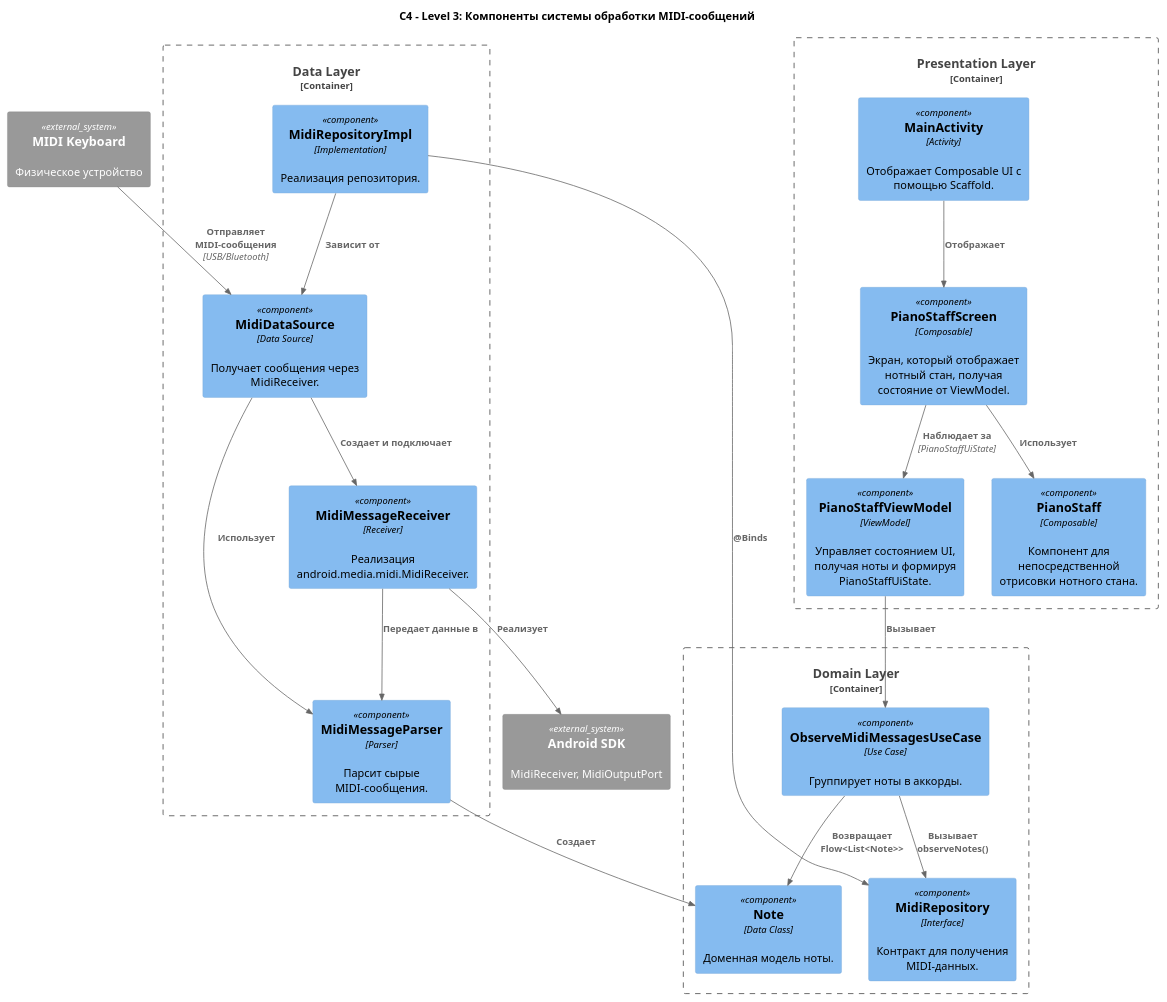
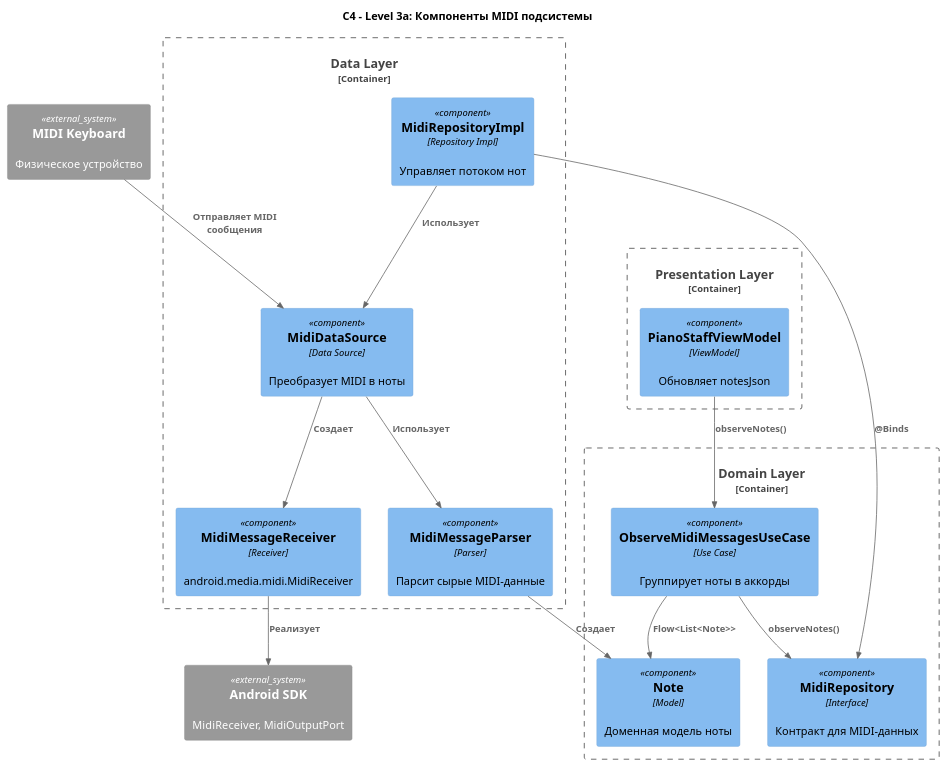
Before and after one commit to astrizhachuk/PianoFlow: the second of 9 diagrams in docs/ru/ts/MIDI_MESSAGE_PROCESSING.md, drawn with PlantUML. The commit also changed other lines of this file and 47 other files, not shown here.

````diff
--- a/docs/ru/ts/MIDI_MESSAGE_PROCESSING.md
+++ b/docs/ru/ts/MIDI_MESSAGE_PROCESSING.md
@@ -37,51 +112,48 @@
 ```plantuml
 @startuml
 !include https://raw.githubusercontent.com/plantuml-stdlib/C4-PlantUML/master/C4_Component.puml
 
-title C4 - Level 3: Компоненты системы обработки MIDI-сообщений
+title C4 - Level 3a: Компоненты MIDI подсистемы
 
 System_Ext(midi_device, "MIDI Keyboard", "Физическое устройство")
 System_Ext(android_sdk, "Android SDK", "MidiReceiver, MidiOutputPort")
 
 Container_Boundary(presentation, "Presentation Layer") {
-    Component(activity, "MainActivity", "Activity", "Отображает Composable UI с помощью Scaffold.")
-    Component(vm, "PianoStaffViewModel", "ViewModel", "Управляет состоянием UI, получая ноты и формируя PianoStaffUiState.")
-    Component(screen, "PianoStaffScreen", "Composable", "Экран, который отображает нотный стан, получая состояние от ViewModel.")
-    Component(staff, "PianoStaff", "Composable", "Компонент для непосредственной отрисовки нотного стана.")
+    Component(vm, "PianoStaffViewModel", "ViewModel", "Обновляет notesJson")
 }
 
 Container_Boundary(domain, "Domain Layer") {
-    Component(observe_uc, "ObserveMidiMessagesUseCase", "Use Case", "Группирует ноты в аккорды.")
-    Component(repo, "MidiRepository", "Interface", "Контракт для получения MIDI-данных.")
-    Component(note, "Note", "Data Class", "Доменная модель ноты.")
+    Component(observe_midi_uc, "ObserveMidiMessagesUseCase", "Use Case", "Группирует ноты в аккорды")
+    Component(midi_repo, "MidiRepository", "Interface", "Контракт для MIDI-данных")
+    Component(note, "Note", "Model", "Доменная модель ноты")
 }
 
 Container_Boundary(data, "Data Layer") {
-    Component(repo_impl, "MidiRepositoryImpl", "Implementation", "Реализация репозитория.")
-    Component(ds, "MidiDataSource", "Data Source", "Получает сообщения через MidiReceiver.")
-    Component(parser, "MidiMessageParser", "Parser", "Парсит сырые MIDI-сообщения.")
-    Component(receiver, "MidiMessageReceiver", "Receiver", "Реализация android.media.midi.MidiReceiver.")
+    Component(midi_repo_impl, "MidiRepositoryImpl", "Repository Impl", "Управляет потоком нот")
+    Component(ds, "MidiDataSource", "Data Source", "Преобразует MIDI в ноты")
+    Component(parser, "MidiMessageParser", "Parser", "Парсит сырые MIDI-данные")
+    Component(receiver, "MidiMessageReceiver", "Receiver", "android.media.midi.MidiReceiver")
 }
 
-' Связи
-Rel(activity, screen, "Отображает")
-Rel(screen, staff, "Использует")
-Rel(screen, vm, "Наблюдает за", "PianoStaffUiState")
-Rel(vm, observe_uc, "Вызывает")
-Rel(observe_uc, repo, "Вызывает observeNotes()")
+' Связи Presentation-Domain
+Rel(vm, observe_midi_uc, "observeNotes()")
 
-Rel(repo_impl, repo, "@Binds")
-Rel(repo_impl, ds, "Зависит от")
+' Связи Domain-Domain
+Rel(observe_midi_uc, midi_repo, "observeNotes()")
+Rel(observe_midi_uc, note, "Flow<List<Note>>")
 
+' Bindings
+Rel(midi_repo_impl, midi_repo, "@Binds")
+
+' Связи Data Layer
+Rel(midi_repo_impl, ds, "Использует")
 Rel(ds, parser, "Использует")
-Rel(ds, receiver, "Создает и подключает")
+Rel(ds, receiver, "Создает")
+Rel(parser, note, "Создает")
 Rel(receiver, android_sdk, "Реализует")
-Rel(receiver, parser, "Передает данные в")
 
-Rel(midi_device, ds, "Отправляет MIDI-сообщения", "USB/Bluetooth")
-
-Rel(observe_uc, note, "Возвращает Flow<List<Note>>")
-Rel(parser, note, "Создает")
+' Внешние системы
+Rel(midi_device, ds, "Отправляет MIDI сообщения")
 
 @enduml
 ```
````
